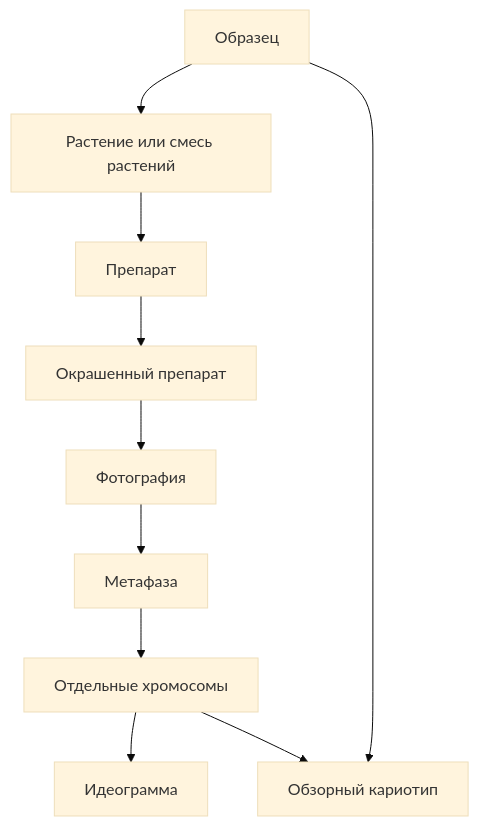
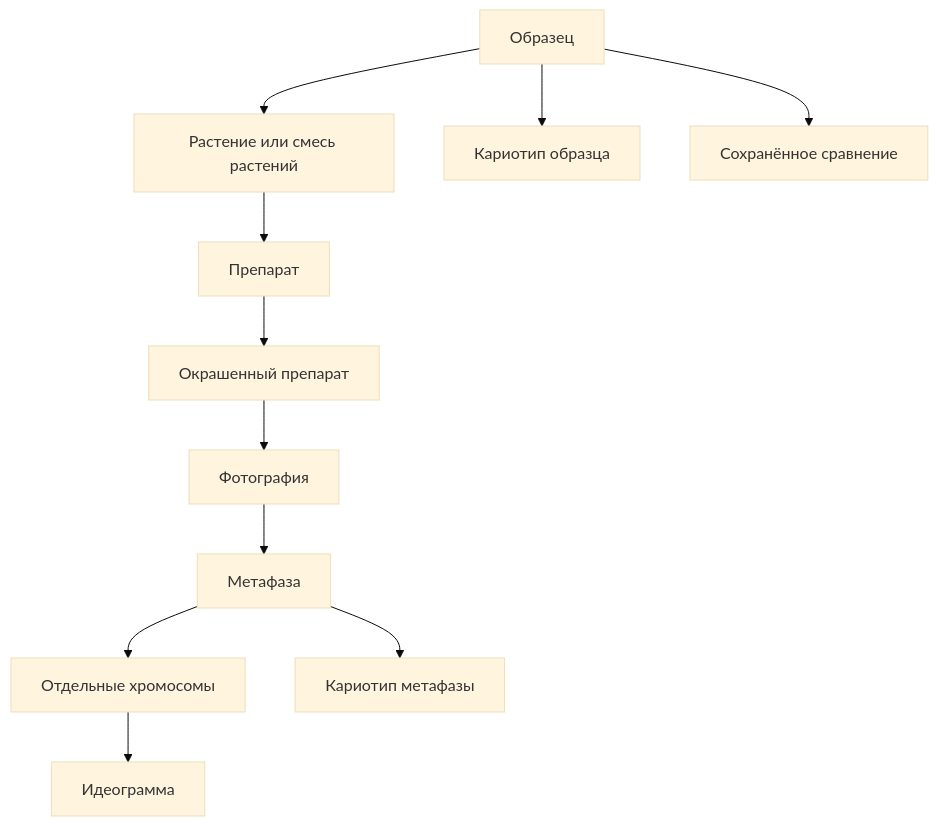
The diagram in docs/журнал/02_объекты_и_связи.md (Sycheslav/karyolab), drawn with Mermaid (base theme) before and after one commit. The commit also changed other lines of this file and 174 other files, not shown here.

Commit message:
Remove unused canvas file, update graph scaling in configuration, and enhance documentation on karyotype and anomaly classifications. Introduce saved comparison feature for better data management and improve event handling in the workflow.

````diff
--- a/docs/журнал/02_объекты_и_связи.md
+++ b/docs/журнал/02_объекты_и_связи.md
@@ -7,22 +7,25 @@
 ```mermaid
 flowchart TB
     Sample["Образец"]
     Plant["Растение или смесь растений"]
     Preparation["Препарат"]
     StainedPreparation["Окрашенный препарат"]
     Photo["Фотография"]
     Metaphase["Метафаза"]
     ChromosomeSet["Отдельные хромосомы"]
     Ideogram["Идеограмма"]
-    Overview["Обзорный кариотип"]
+    MetaphaseKaryotype["Кариотип метафазы"]
+    SampleKaryotype["Кариотип образца"]
+    Comparison["Сохранённое сравнение"]
 
     Sample --> Plant
     Plant --> Preparation
     Preparation --> StainedPreparation
     StainedPreparation --> Photo
     Photo --> Metaphase
     Metaphase --> ChromosomeSet
     ChromosomeSet --> Ideogram
-    ChromosomeSet --> Overview
-    Sample --> Overview
+    Metaphase --> MetaphaseKaryotype
+    Sample --> SampleKaryotype
+    Sample --> Comparison
 ```
````
